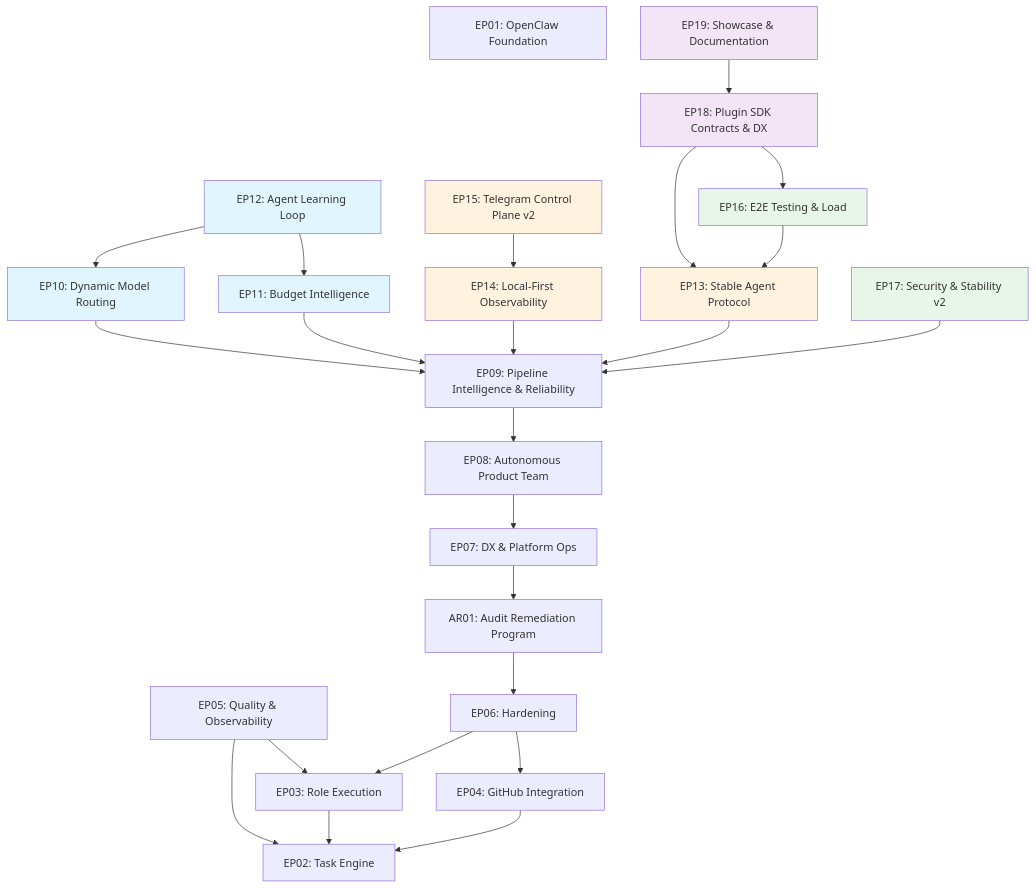
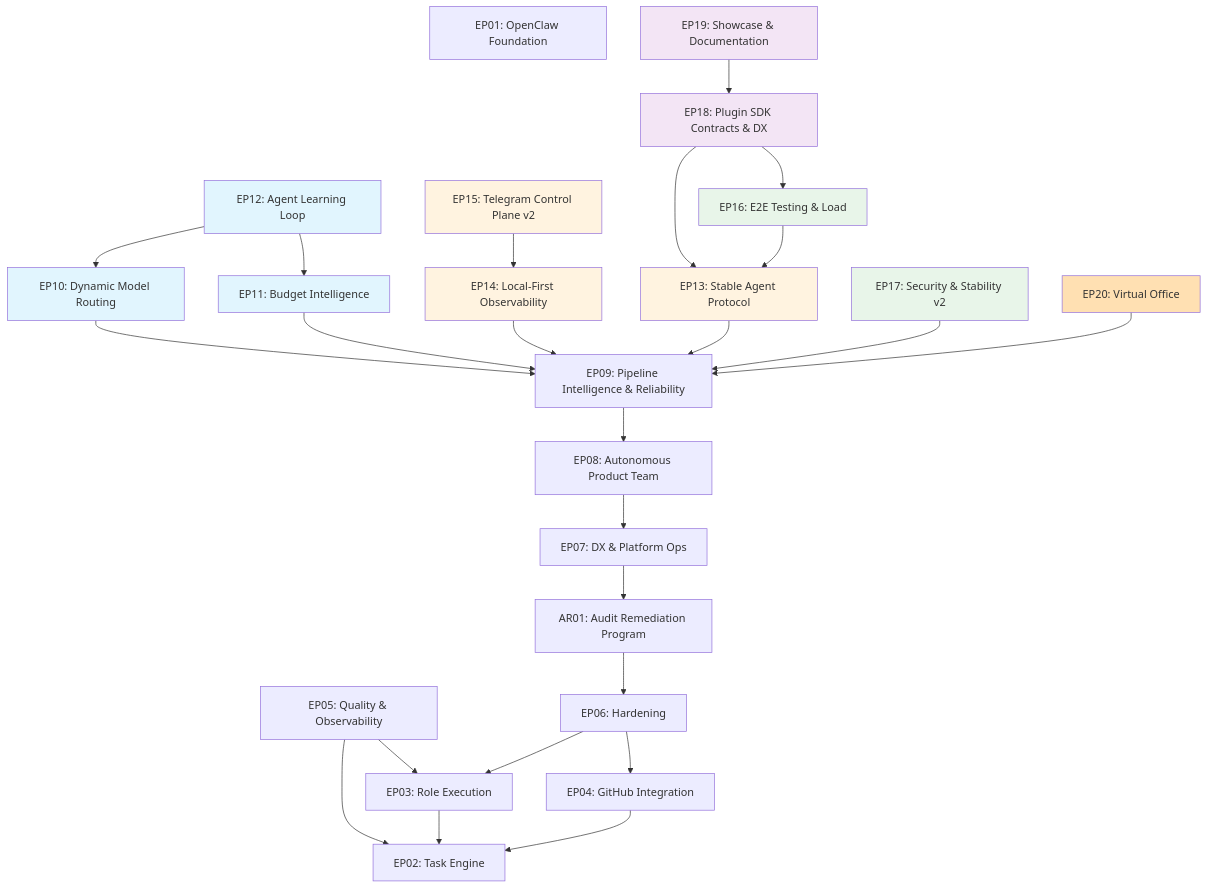
One commit to Monkey-D-Luisi/vibe-flow changed the diagram in docs/roadmap.md. Above: the diagram before and after it, drawn with Mermaid. The commit also changed other lines of this file and 1 other file, not shown here.

Commit message:
chore(docs): mark EP20 as IN_PROGRESS, add to roadmap

````diff
--- a/docs/roadmap.md
+++ b/docs/roadmap.md
@@ -578,47 +589,51 @@
 ```mermaid
 graph TD
   EP01[EP01: OpenClaw Foundation]
   EP02[EP02: Task Engine]
   EP03[EP03: Role Execution] --> EP02
   EP04[EP04: GitHub Integration] --> EP02
   EP05[EP05: Quality & Observability] --> EP02
   EP05 --> EP03
   EP06[EP06: Hardening] --> EP03
   EP06 --> EP04
   AR01[AR01: Audit Remediation Program] --> EP06
   EP07[EP07: DX & Platform Ops] --> AR01
   EP08[EP08: Autonomous Product Team] --> EP07
   EP09[EP09: Pipeline Intelligence & Reliability] --> EP08
 
   %% Phase 10: Adaptive Intelligence
   EP10[EP10: Dynamic Model Routing] --> EP09
   EP11[EP11: Budget Intelligence] --> EP09
   EP12[EP12: Agent Learning Loop] --> EP10
   EP12 --> EP11
 
   %% Phase 11: Protocol & Communication
   EP13[EP13: Stable Agent Protocol] --> EP09
   EP14[EP14: Local-First Observability] --> EP09
   EP15[EP15: Telegram Control Plane v2] --> EP14
 
   %% Phase 12: Quality at Scale
   EP16[EP16: E2E Testing & Load] --> EP13
   EP17[EP17: Security & Stability v2] --> EP09
 
   %% Phase 13: Reference & Community
   EP18[EP18: Plugin SDK Contracts & DX] --> EP13
   EP18 --> EP16
   EP19[EP19: Showcase & Documentation] --> EP18
 
+  %% Phase 14: Virtual Office
+  EP20[EP20: Virtual Office] --> EP09
+
   %% Styling
   style EP10 fill:#e1f5fe
   style EP11 fill:#e1f5fe
   style EP12 fill:#e1f5fe
   style EP13 fill:#fff3e0
   style EP14 fill:#fff3e0
   style EP15 fill:#fff3e0
   style EP16 fill:#e8f5e9
   style EP17 fill:#e8f5e9
   style EP18 fill:#f3e5f5
   style EP19 fill:#f3e5f5
+  style EP20 fill:#ffe0b2
 ```
````
